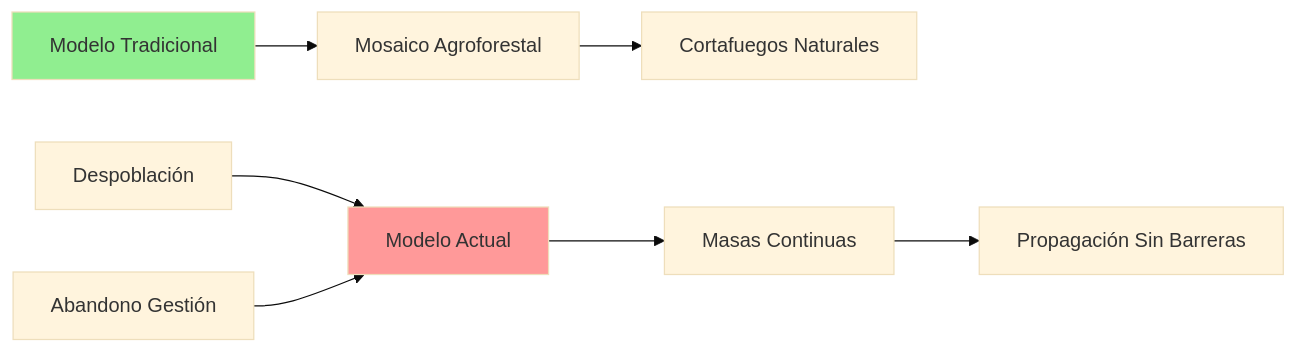
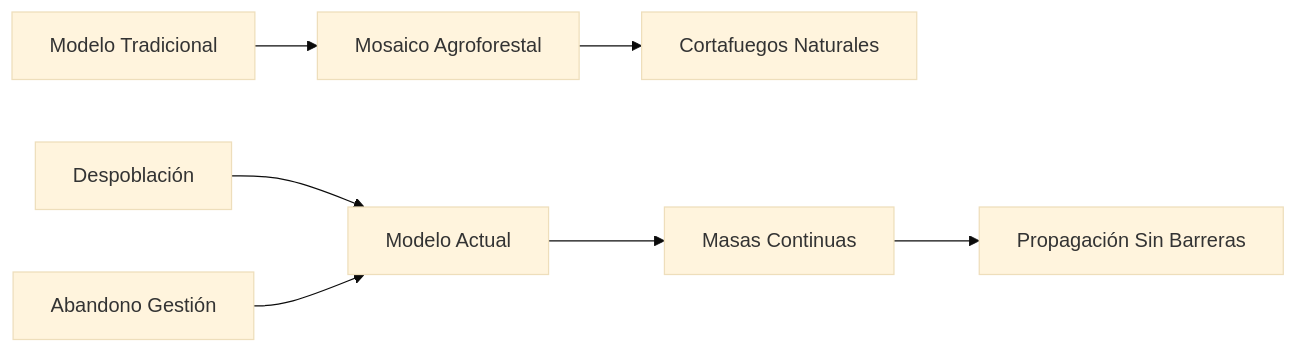
Before and after one commit to perpetuocambio/annotations: the third of 10 diagrams in politica/medioambiente/analisis_multifactorial_incendios.md, drawn with Mermaid (base theme). The commit also changed other lines of this file, not shown here.

````diff
--- a/politica/medioambiente/analisis_multifactorial_incendios.md
+++ b/politica/medioambiente/analisis_multifactorial_incendios.md
@@ -147,14 +147,11 @@
 ```mermaid
 graph LR
     A[Modelo Tradicional] --> B[Mosaico Agroforestal]
     B --> C[Cortafuegos Naturales]
     
     D[Modelo Actual] --> E[Masas Continuas]
     E --> F[Propagación Sin Barreras]
     
     G[Despoblación] --> D
     H[Abandono Gestión] --> D
-    
-    style A fill:#90EE90
-    style D fill:#ff9999
 ```
````
